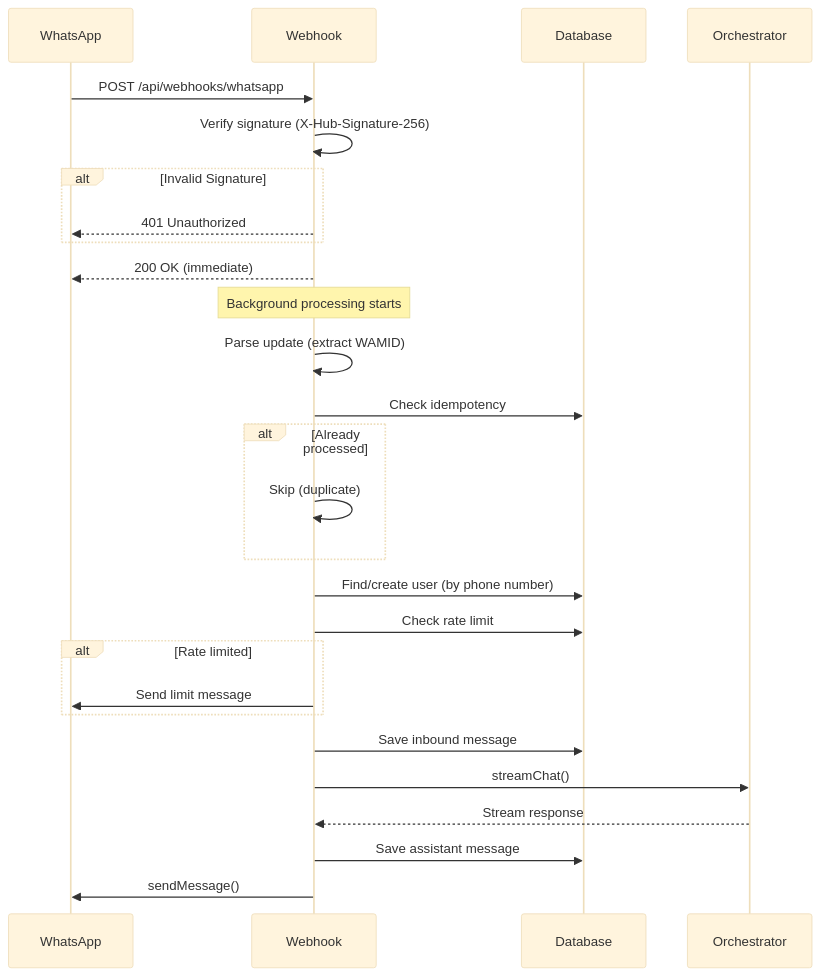
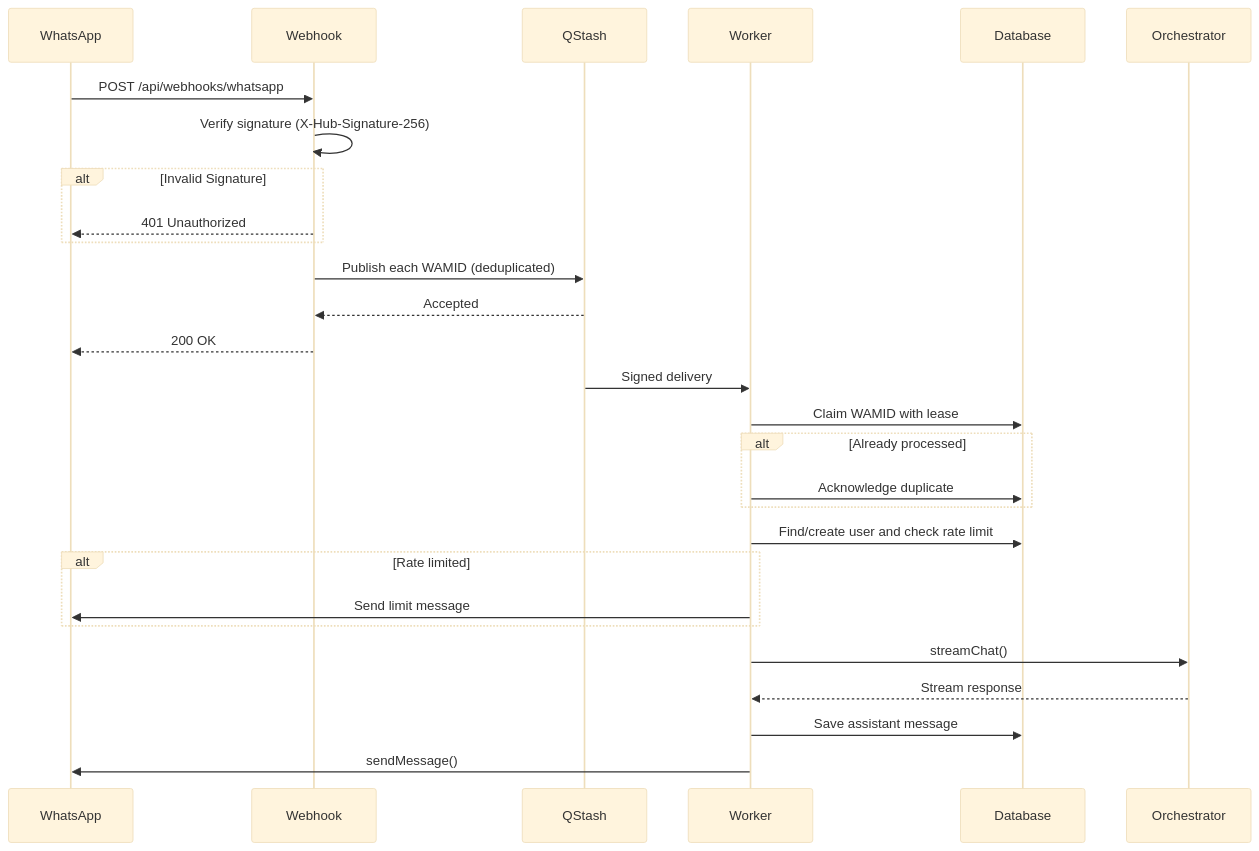
The second of 7 diagrams in docs/whatsapp-webhook.md (KovD3v/anthon-2.0), drawn with Mermaid (base theme) before and after one commit. The commit also changed other lines of this file and 48 other files, not shown here.

````diff
--- a/docs/whatsapp-webhook.md
+++ b/docs/whatsapp-webhook.md
@@ -38,38 +39,39 @@
 ```mermaid
 sequenceDiagram
     participant WA as WhatsApp
     participant WH as Webhook
+    participant QS as QStash
+    participant WK as Worker
     participant DB as Database
     participant AI as Orchestrator
 
     WA->>WH: POST /api/webhooks/whatsapp
     WH->>WH: Verify signature (X-Hub-Signature-256)
 
     alt Invalid Signature
         WH-->>WA: 401 Unauthorized
     end
 
-    WH-->>WA: 200 OK (immediate)
+    WH->>QS: Publish each WAMID (deduplicated)
+    QS-->>WH: Accepted
+    WH-->>WA: 200 OK
 
-    Note over WH: Background processing starts
+    QS->>WK: Signed delivery
 
-    WH->>WH: Parse update (extract WAMID)
-    WH->>DB: Check idempotency
+    WK->>DB: Claim WAMID with lease
 
     alt Already processed
-        WH->>WH: Skip (duplicate)
+        WK->>DB: Acknowledge duplicate
     end
 
-    WH->>DB: Find/create user (by phone number)
-    WH->>DB: Check rate limit
+    WK->>DB: Find/create user and check rate limit
 
     alt Rate limited
-        WH->>WA: Send limit message
+        WK->>WA: Send limit message
     end
 
-    WH->>DB: Save inbound message
-    WH->>AI: streamChat()
-    AI-->>WH: Stream response
-    WH->>DB: Save assistant message
-    WH->>WA: sendMessage()
+    WK->>AI: streamChat()
+    AI-->>WK: Stream response
+    WK->>DB: Save assistant message
+    WK->>WA: sendMessage()
 ```
````
